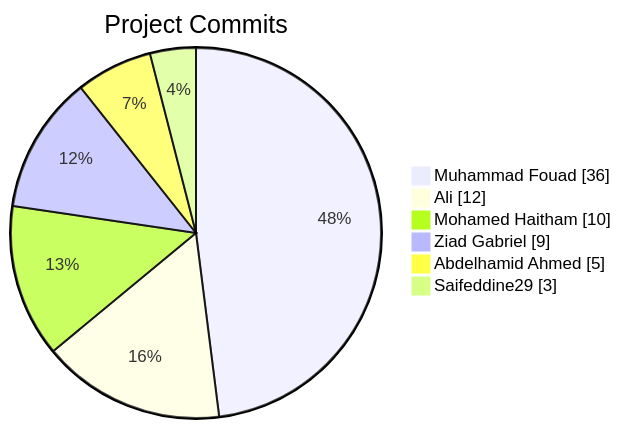
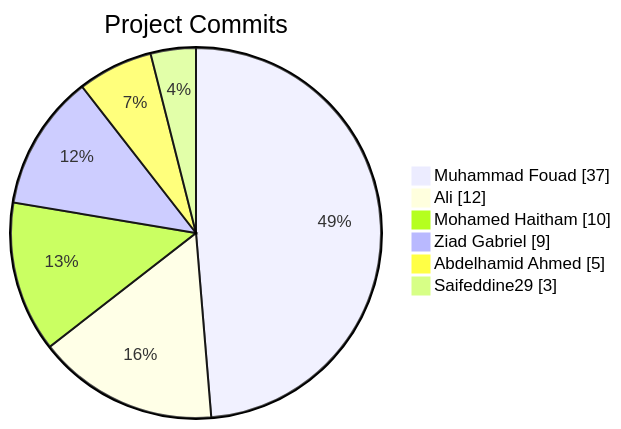
Before and after one commit to Abdelhamid-El-rashidy/Library_System: the diagram in README.md, drawn with Mermaid.

Commit message:
docs: update contributor stats [skip ci]

````diff
--- a/README.md
+++ b/README.md
@@ -6,10 +6,10 @@
 ```mermaid
 pie showData
     title Project Commits
-    "Muhammad Fouad" : 36
+    "Muhammad Fouad" : 37
     "Ali" : 12
     "Mohamed Haitham" : 10
     "Ziad Gabriel" : 9
     "Abdelhamid Ahmed" : 5
     "Saifeddine29" : 3
 ```
````
